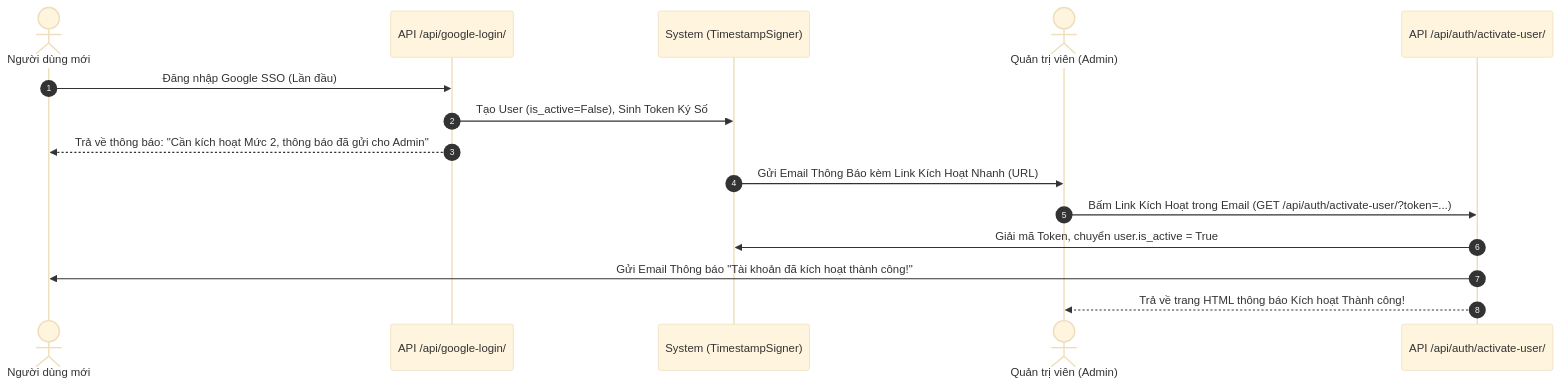
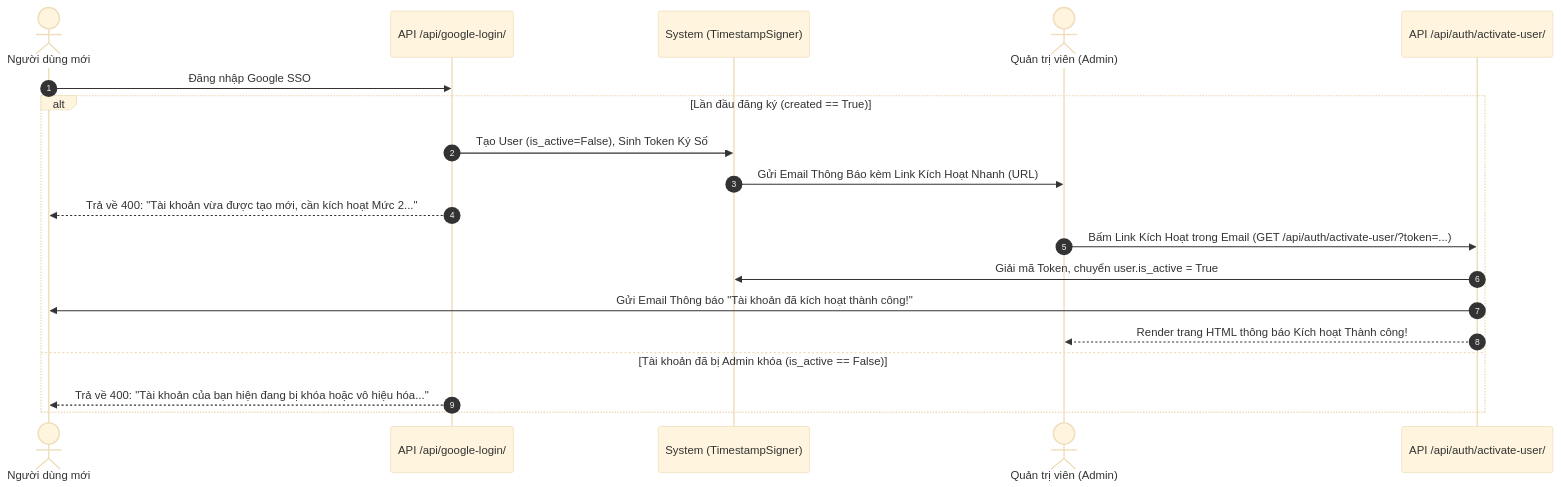
One commit to thanhlongts2k/dashboard-report changed the second of 2 diagrams in DocumentAPI_Report2026.md. Above: the diagram before and after it, drawn with Mermaid (base theme). The commit also changed 2 other files, not shown here.

Commit message:
feat(auth): separate new SSO registration from existing locked account responses and refactor email templates

````diff
--- a/DocumentAPI_Report2026.md
+++ b/DocumentAPI_Report2026.md
@@ -545,18 +545,22 @@
 ```mermaid
 sequenceDiagram
     autonumber
     actor User as Người dùng mới
     participant SSO as API /api/google-login/
     participant System as System (TimestampSigner)
     actor Admin as Quản trị viên (Admin)
     participant ActAPI as API /api/auth/activate-user/
 
-    User->>SSO: Đăng nhập Google SSO (Lần đầu)
-    SSO->>System: Tạo User (is_active=False), Sinh Token Ký Số
-    SSO-->>User: Trả về thông báo: "Cần kích hoạt Mức 2, thông báo đã gửi cho Admin"
-    System->>Admin: Gửi Email Thông Báo kèm Link Kích Hoạt Nhanh (URL)
-    Admin->>ActAPI: Bấm Link Kích Hoạt trong Email (GET /api/auth/activate-user/?token=...)
-    ActAPI->>System: Giải mã Token, chuyển user.is_active = True
-    ActAPI->>User: Gửi Email Thông báo "Tài khoản đã kích hoạt thành công!"
-    ActAPI-->>Admin: Trả về trang HTML thông báo Kích hoạt Thành công!
+    User->>SSO: Đăng nhập Google SSO
+    alt Lần đầu đăng ký (created == True)
+        SSO->>System: Tạo User (is_active=False), Sinh Token Ký Số
+        System->>Admin: Gửi Email Thông Báo kèm Link Kích Hoạt Nhanh (URL)
+        SSO-->>User: Trả về 400: "Tài khoản vừa được tạo mới, cần kích hoạt Mức 2..."
+        Admin->>ActAPI: Bấm Link Kích Hoạt trong Email (GET /api/auth/activate-user/?token=...)
+        ActAPI->>System: Giải mã Token, chuyển user.is_active = True
+        ActAPI->>User: Gửi Email Thông báo "Tài khoản đã kích hoạt thành công!"
+        ActAPI-->>Admin: Render trang HTML thông báo Kích hoạt Thành công!
+    else Tài khoản đã bị Admin khóa (is_active == False)
+        SSO-->>User: Trả về 400: "Tài khoản của bạn hiện đang bị khóa hoặc vô hiệu hóa..."
+    end
 ```
````
